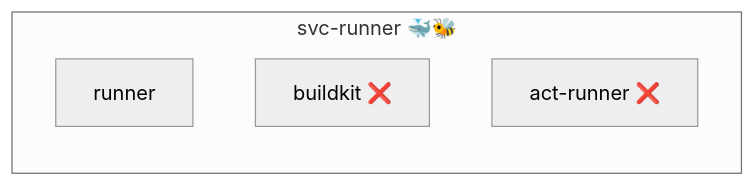
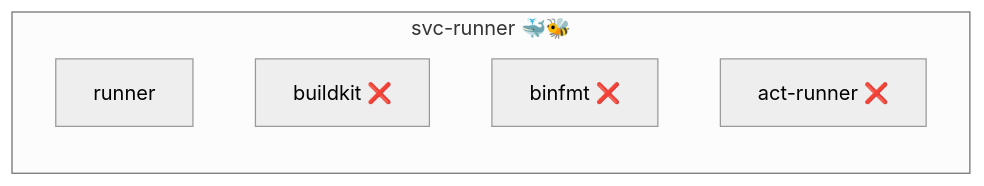
One commit to infinito-nexus/core changed the first of 4 diagrams in roles/svc-runner/README.md. Above: the diagram before and after it, drawn with Mermaid (neutral theme).

Commit message:
docs(svc-runner): show the binfmt mirror entry in the role diagram
Regenerated by the docs target after the binfmt entry joined
meta/services.yml.

````diff
--- a/roles/svc-runner/README.md
+++ b/roles/svc-runner/README.md
@@ -19,8 +19,9 @@
 ```mermaid
 flowchart LR
     subgraph role [svc-runner 🐳🐝]
         svc_runner["runner"]
         svc_buildkit["buildkit ❌"]
+        svc_binfmt["binfmt ❌"]
         svc_act_runner["act-runner ❌"]
     end
 ```
````
